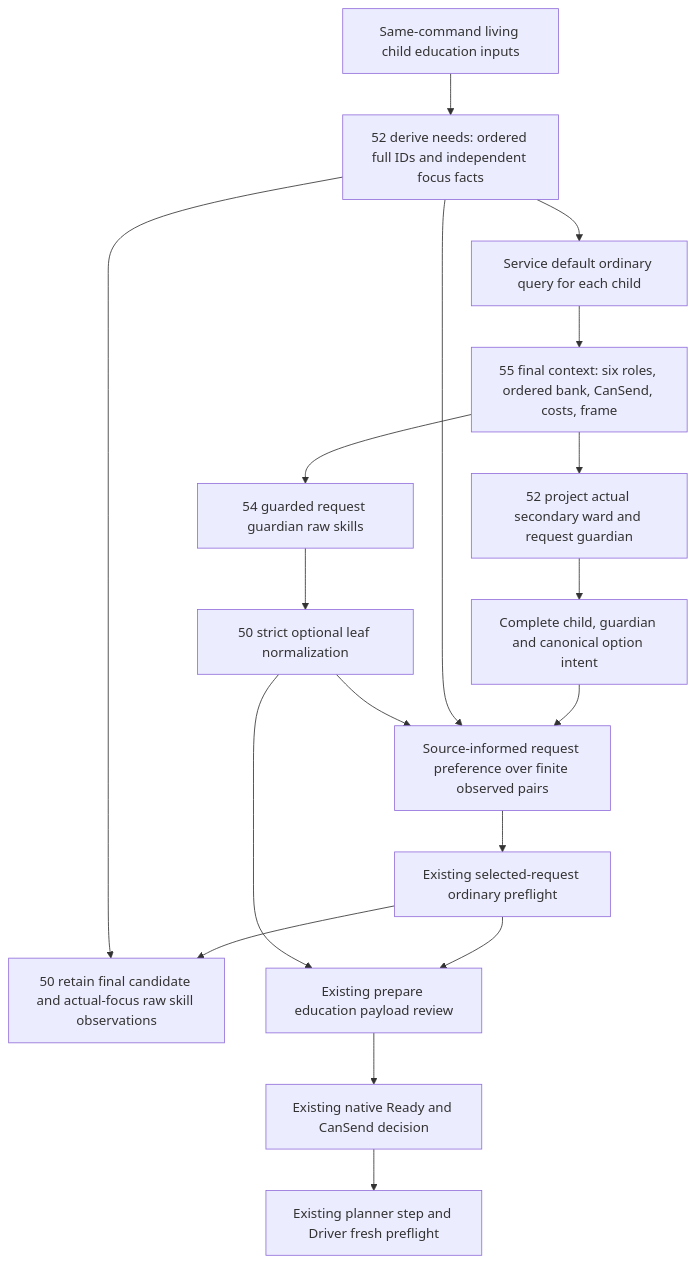
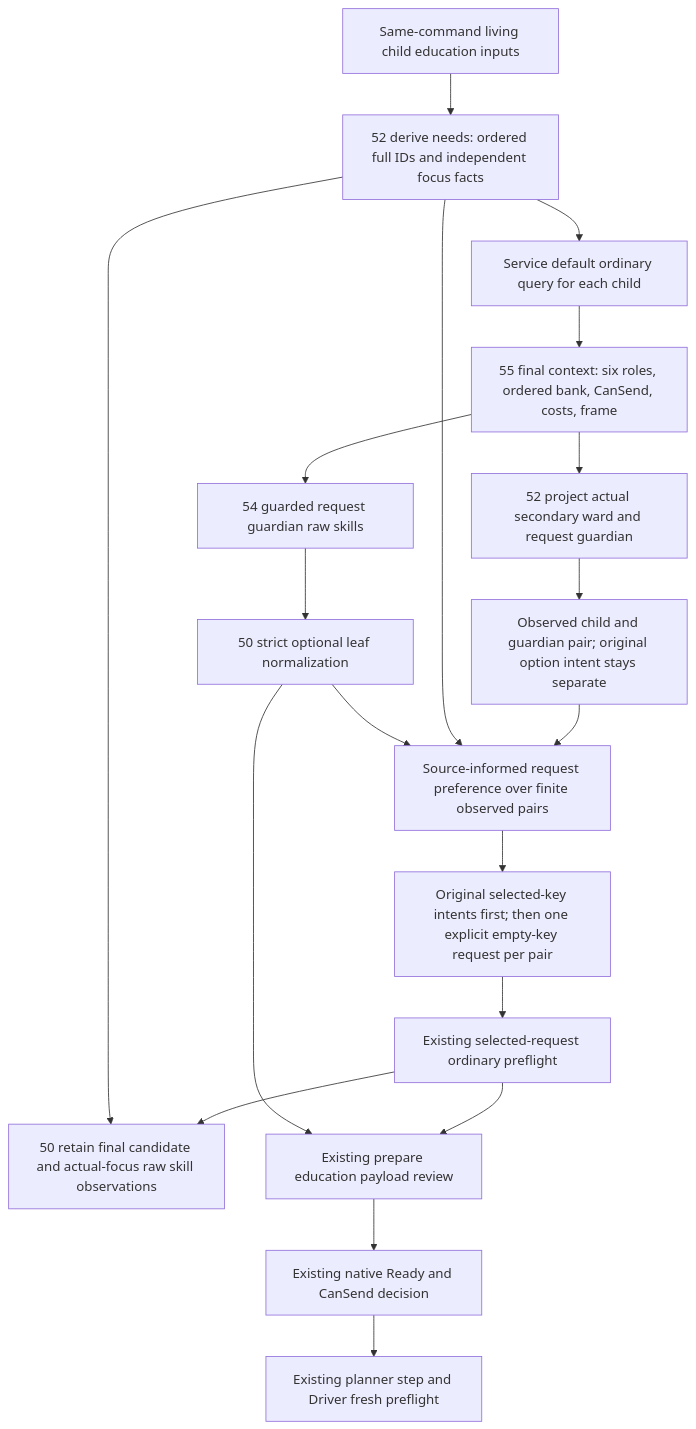
One commit to XenoAmess/ck3_eternal_recurrence changed the first of 2 diagrams in docs/ck3-native-ai/ordinary-family-education-request-planner-12004.md. Above: the diagram before and after it, drawn with Mermaid. The commit also changed other lines of this file and 4 other files, not shown here.

````diff
--- a/docs/ck3-native-ai/ordinary-family-education-request-planner-12004.md
+++ b/docs/ck3-native-ai/ordinary-family-education-request-planner-12004.md
@@ -7,20 +7,21 @@
 ```mermaid
 flowchart TD
     A[Same-command living child education inputs] --> B[52 derive needs: ordered full IDs and independent focus facts]
     B --> C[Service default ordinary query for each child]
     C --> D[55 final context: six roles, ordered bank, CanSend, costs, frame]
     D --> E[52 project actual secondary ward and request guardian]
     D --> F[54 guarded request guardian raw skills]
     F --> G[50 strict optional leaf normalization]
-    E --> H[Complete child, guardian and canonical option intent]
+    E --> H[Observed child and guardian pair; original option intent stays separate]
     H --> P[Source-informed request preference over finite observed pairs]
     B --> P
     G --> P
-    P --> I[Existing selected-request ordinary preflight]
+    P --> R[Original selected-key intents first; then one explicit empty-key request per pair]
+    R --> I[Existing selected-request ordinary preflight]
     I --> J[50 retain final candidate and actual-focus raw skill observations]
     B --> J
     I --> K[Existing prepare education payload review]
     K --> L[Existing native Ready and CanSend decision]
     L --> M[Existing planner step and Driver fresh preflight]
     G --> K
 ```
````
